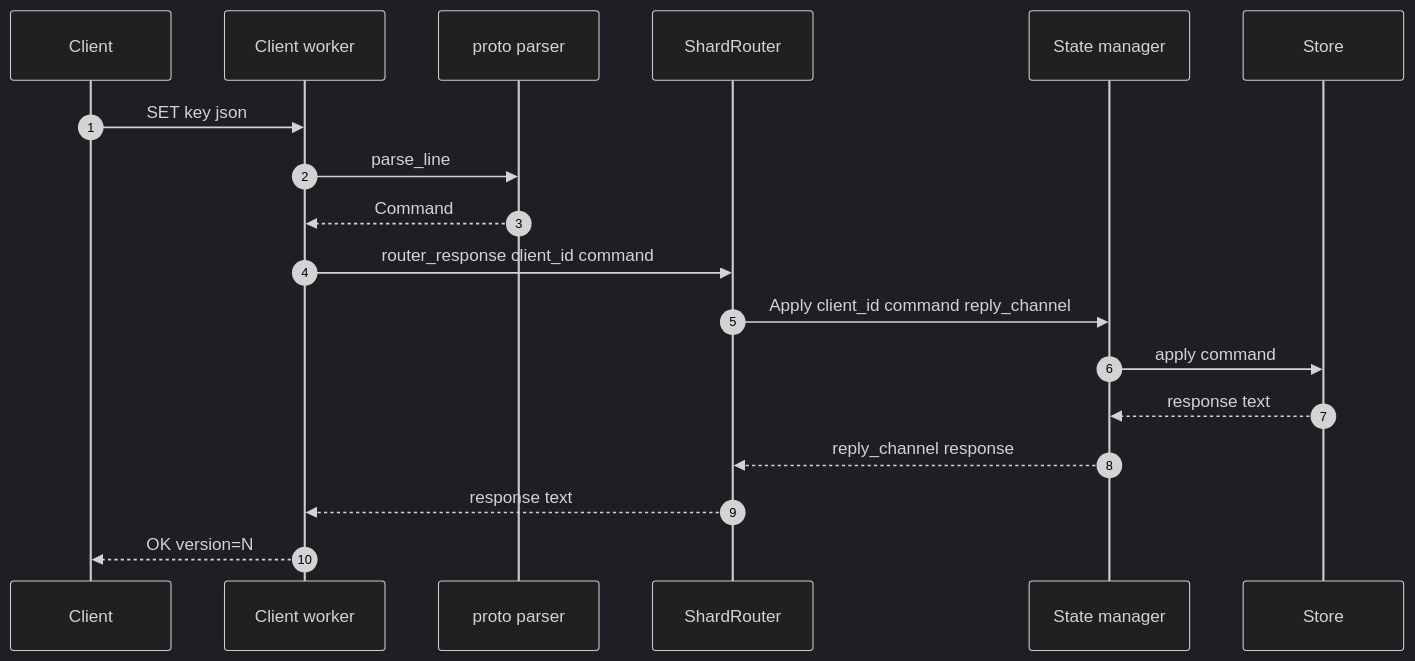
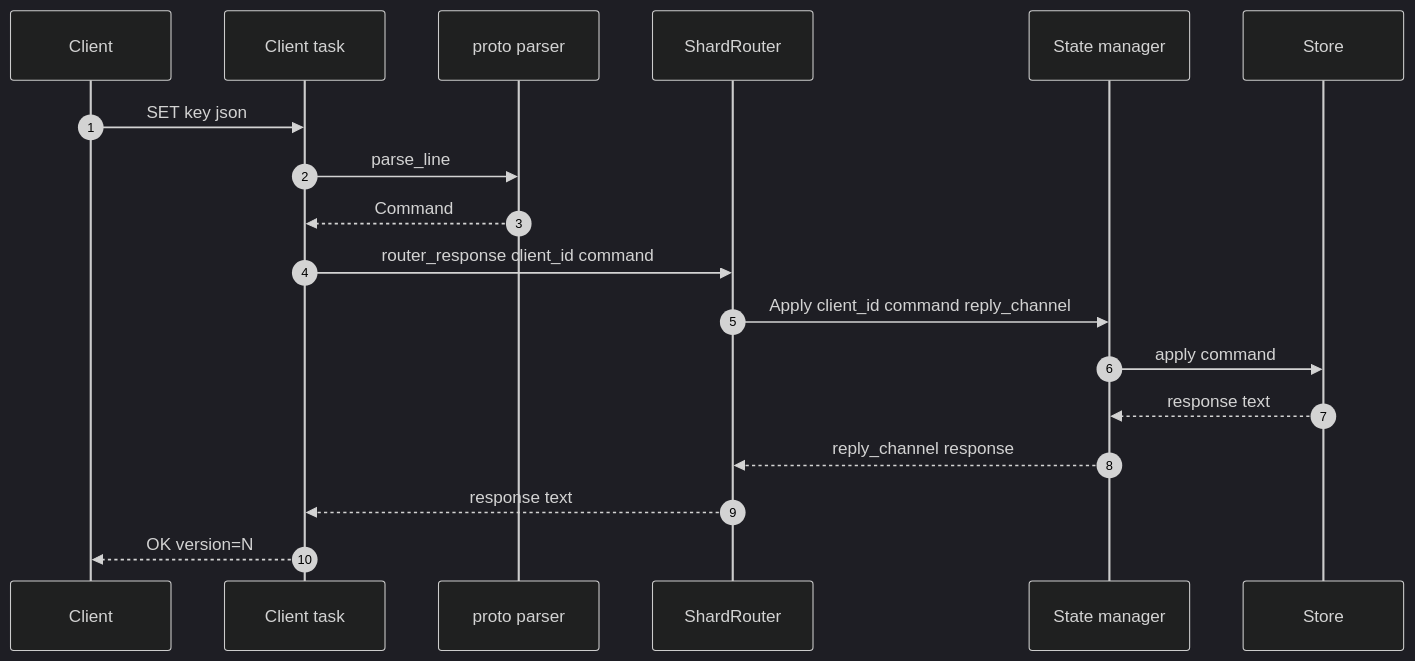
The second of 6 diagrams in ARCHITECTURE.md (vovakirdan/surgekv), drawn with Mermaid (dark theme) before and after one commit. The commit also changed other lines of this file and 5 other files, not shown here.

````diff
--- a/ARCHITECTURE.md
+++ b/ARCHITECTURE.md
@@ -87,21 +81,21 @@
 ```mermaid
 sequenceDiagram
     autonumber
     participant Client
-    participant Worker as Client worker
+    participant Worker as Client task
     participant Proto as proto parser
     participant Router as ShardRouter
     participant Manager as State manager
     participant Store
 
     Client->>Worker: SET key json
     Worker->>Proto: parse_line
     Proto-->>Worker: Command
     Worker->>Router: router_response client_id command
     Router->>Manager: Apply client_id command reply_channel
     Manager->>Store: apply command
     Store-->>Manager: response text
     Manager-->>Router: reply_channel response
     Router-->>Worker: response text
     Worker-->>Client: OK version=N
 ```
````
